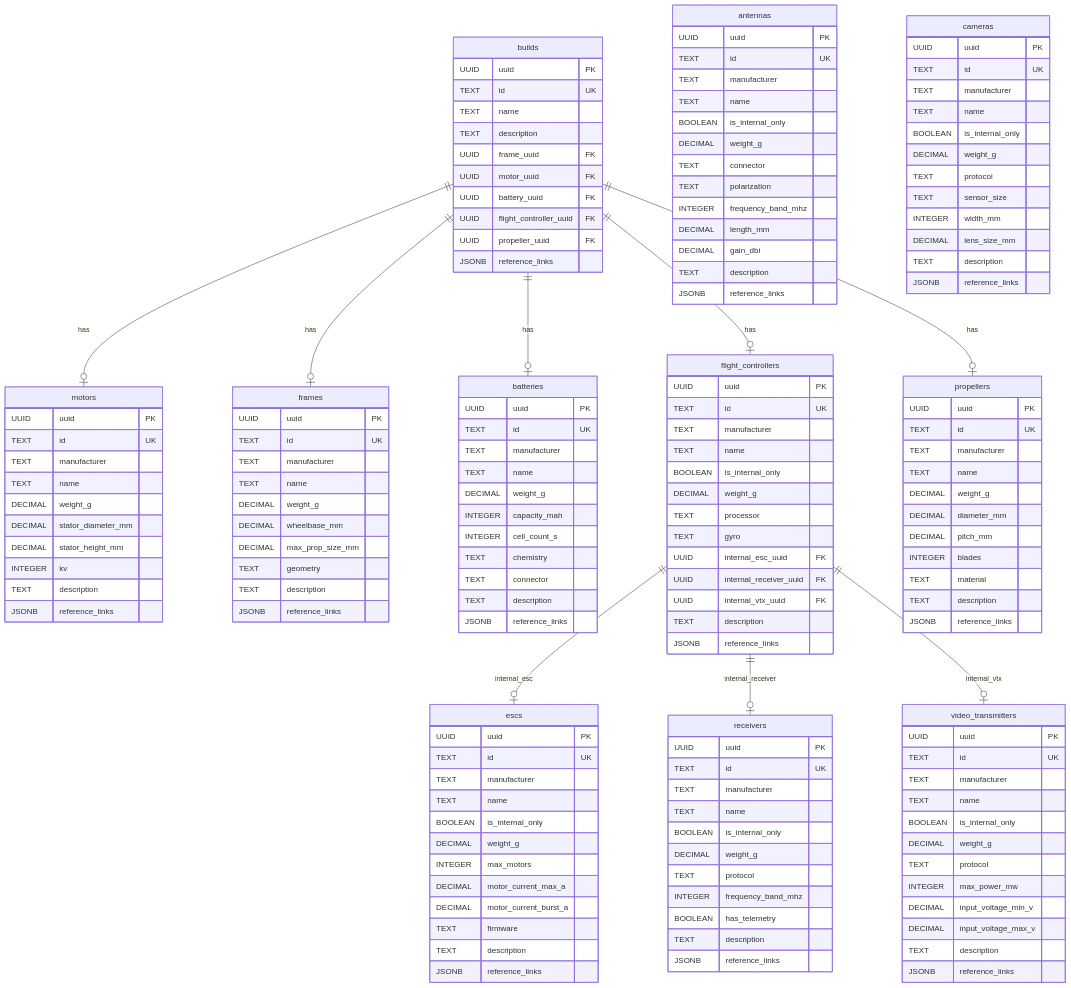
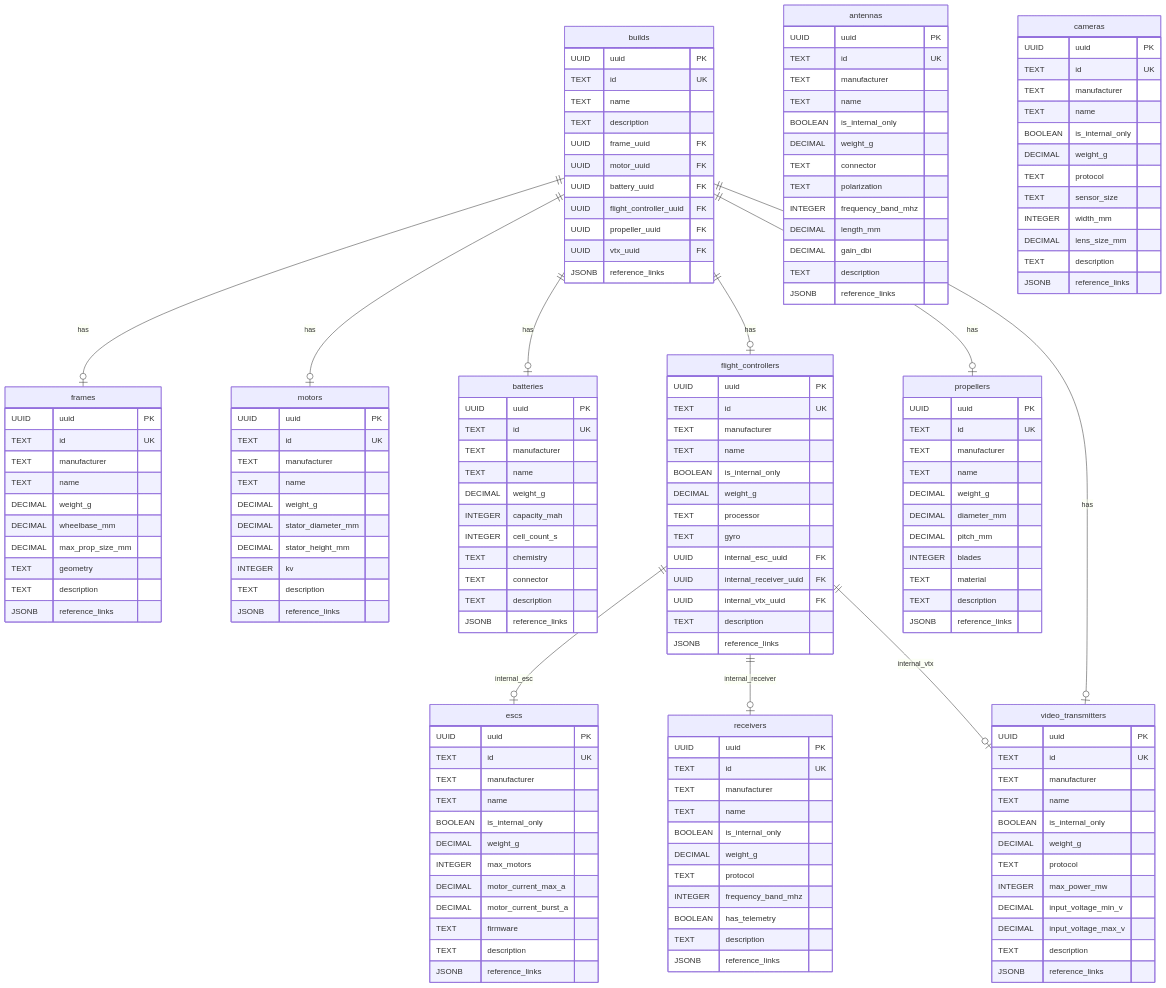
The diagram in src/backend/db/diagram.mermaid (rohitramu/quadsmith), drawn with Mermaid before and after one commit. The commit also changed 8 other files, not shown here.

First line of the commit message:
Add vtx_uuid to Build model and seed data

```diff
--- a/src/backend/db/diagram.mermaid
+++ b/src/backend/db/diagram.mermaid
@@ -1,168 +1,170 @@
 erDiagram
     builds {
         UUID uuid PK
         TEXT id UK
         TEXT name
         TEXT description
         UUID frame_uuid FK
         UUID motor_uuid FK
         UUID battery_uuid FK
         UUID flight_controller_uuid FK
         UUID propeller_uuid FK
+        UUID vtx_uuid FK
         JSONB reference_links
     }
 
     motors {
         UUID uuid PK
         TEXT id UK
         TEXT manufacturer
         TEXT name
         DECIMAL weight_g
         DECIMAL stator_diameter_mm
         DECIMAL stator_height_mm
         INTEGER kv
         TEXT description
         JSONB reference_links
     }
 
     frames {
         UUID uuid PK
         TEXT id UK
         TEXT manufacturer
         TEXT name
         DECIMAL weight_g
         DECIMAL wheelbase_mm
         DECIMAL max_prop_size_mm
         TEXT geometry
         TEXT description
         JSONB reference_links
     }
 
     batteries {
         UUID uuid PK
         TEXT id UK
         TEXT manufacturer
         TEXT name
         DECIMAL weight_g
         INTEGER capacity_mah
         INTEGER cell_count_s
         TEXT chemistry
         TEXT connector
         TEXT description
         JSONB reference_links
     }
 
     flight_controllers {
         UUID uuid PK
         TEXT id UK
         TEXT manufacturer
         TEXT name
         BOOLEAN is_internal_only
         DECIMAL weight_g
         TEXT processor
         TEXT gyro
         UUID internal_esc_uuid FK
         UUID internal_receiver_uuid FK
         UUID internal_vtx_uuid FK
         TEXT description
         JSONB reference_links
     }
 
     escs {
         UUID uuid PK
         TEXT id UK
         TEXT manufacturer
         TEXT name
         BOOLEAN is_internal_only
         DECIMAL weight_g
         INTEGER max_motors
         DECIMAL motor_current_max_a
         DECIMAL motor_current_burst_a
         TEXT firmware
         TEXT description
         JSONB reference_links
     }
 
     receivers {
         UUID uuid PK
         TEXT id UK
         TEXT manufacturer
         TEXT name
         BOOLEAN is_internal_only
         DECIMAL weight_g
         TEXT protocol
         INTEGER frequency_band_mhz
         BOOLEAN has_telemetry
         TEXT description
         JSONB reference_links
     }
 
     video_transmitters {
         UUID uuid PK
         TEXT id UK
         TEXT manufacturer
         TEXT name
         BOOLEAN is_internal_only
         DECIMAL weight_g
         TEXT protocol
         INTEGER max_power_mw
         DECIMAL input_voltage_min_v
         DECIMAL input_voltage_max_v
         TEXT description
         JSONB reference_links
     }
 
     antennas {
         UUID uuid PK
         TEXT id UK
         TEXT manufacturer
         TEXT name
         BOOLEAN is_internal_only
         DECIMAL weight_g
         TEXT connector
         TEXT polarization
         INTEGER frequency_band_mhz
         DECIMAL length_mm
         DECIMAL gain_dbi
         TEXT description
         JSONB reference_links
     }
 
     propellers {
         UUID uuid PK
         TEXT id UK
         TEXT manufacturer
         TEXT name
         DECIMAL weight_g
         DECIMAL diameter_mm
         DECIMAL pitch_mm
         INTEGER blades
         TEXT material
         TEXT description
         JSONB reference_links
     }
 
     cameras {
         UUID uuid PK
         TEXT id UK
         TEXT manufacturer
         TEXT name
         BOOLEAN is_internal_only
         DECIMAL weight_g
         TEXT protocol
         TEXT sensor_size
         INTEGER width_mm
         DECIMAL lens_size_mm
         TEXT description
         JSONB reference_links
     }
 
     builds ||--o| frames : has
     builds ||--o| motors : has
     builds ||--o| batteries : has
     builds ||--o| flight_controllers : has
     builds ||--o| propellers : has
+    builds ||--o| video_transmitters : has
 
     flight_controllers ||--o| escs : internal_esc
     flight_controllers ||--o| receivers : internal_receiver
     flight_controllers ||--o| video_transmitters : internal_vtx
```
